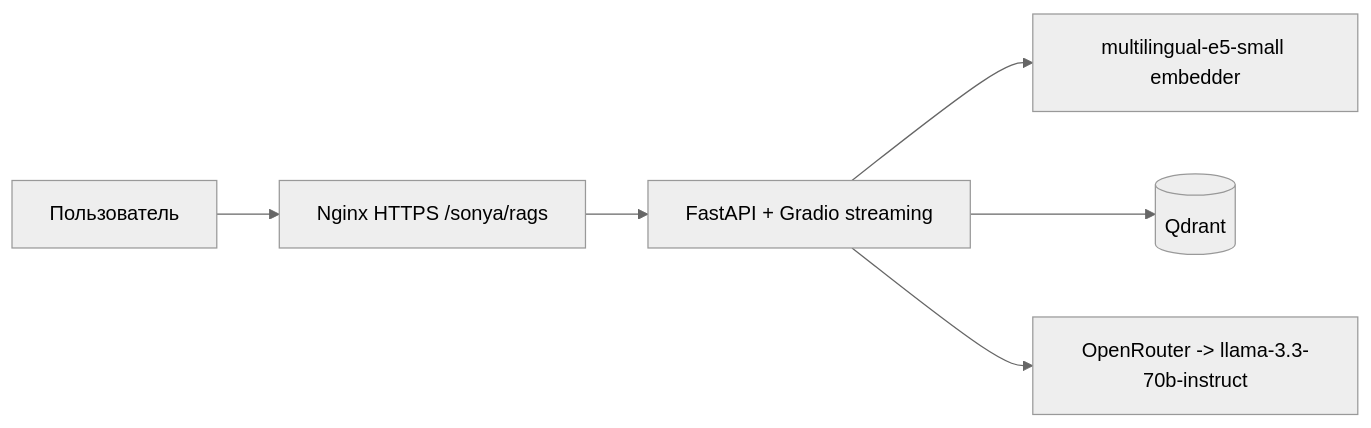
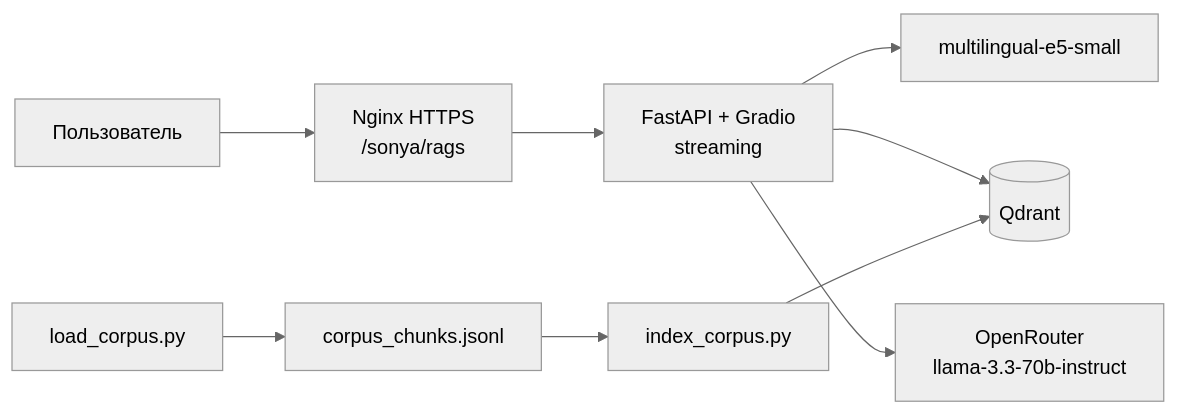
Before and after one commit to BykovchenkoS/sklearn-docs-rag: the diagram in README.md, drawn with Mermaid (neutral theme). The commit also changed other lines of this file and 3 other files, not shown here.

````diff
--- a/README.md
+++ b/README.md
@@ -11,8 +27,11 @@
 ```mermaid
 flowchart LR
-    USER[Пользователь] --> NGINX[Nginx HTTPS /sonya/rags]
-    NGINX --> APP[FastAPI + Gradio streaming]
-    APP --> EMB[multilingual-e5-small embedder]
-    APP --> Q[(Qdrant)]
-    APP --> LLM[OpenRouter -> llama-3.3-70b-instruct]
+    U[Пользователь] --> N[Nginx HTTPS<br/>/sonya/rags]
+    N --> A[FastAPI + Gradio<br/>streaming]
+    A --> E[multilingual-e5-small]
+    A --> Q[(Qdrant)]
+    A --> L[OpenRouter<br/>llama-3.3-70b-instruct]
+    S[load_corpus.py] --> C[corpus_chunks.jsonl]
+    C --> I[index_corpus.py]
+    I --> Q
 ```
````
